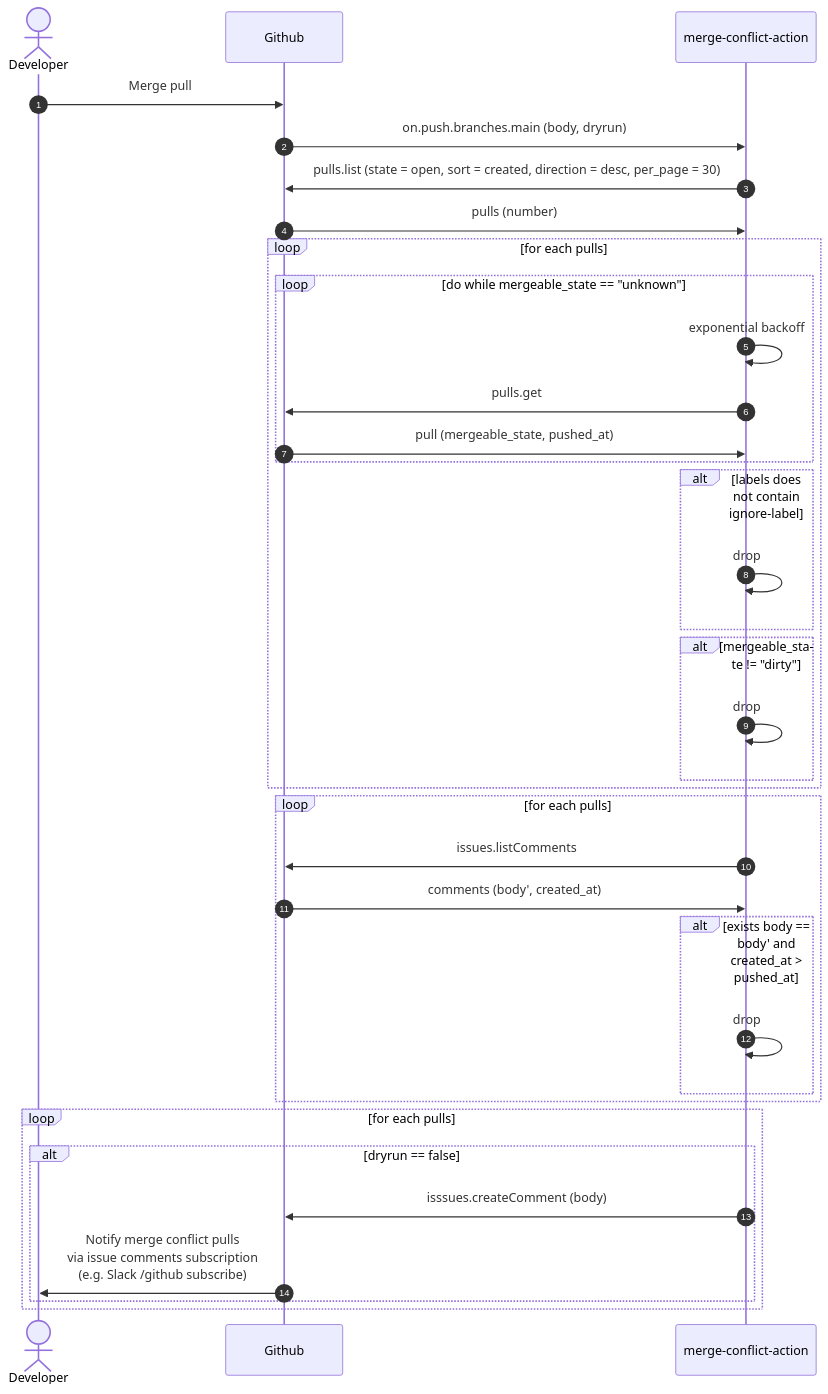
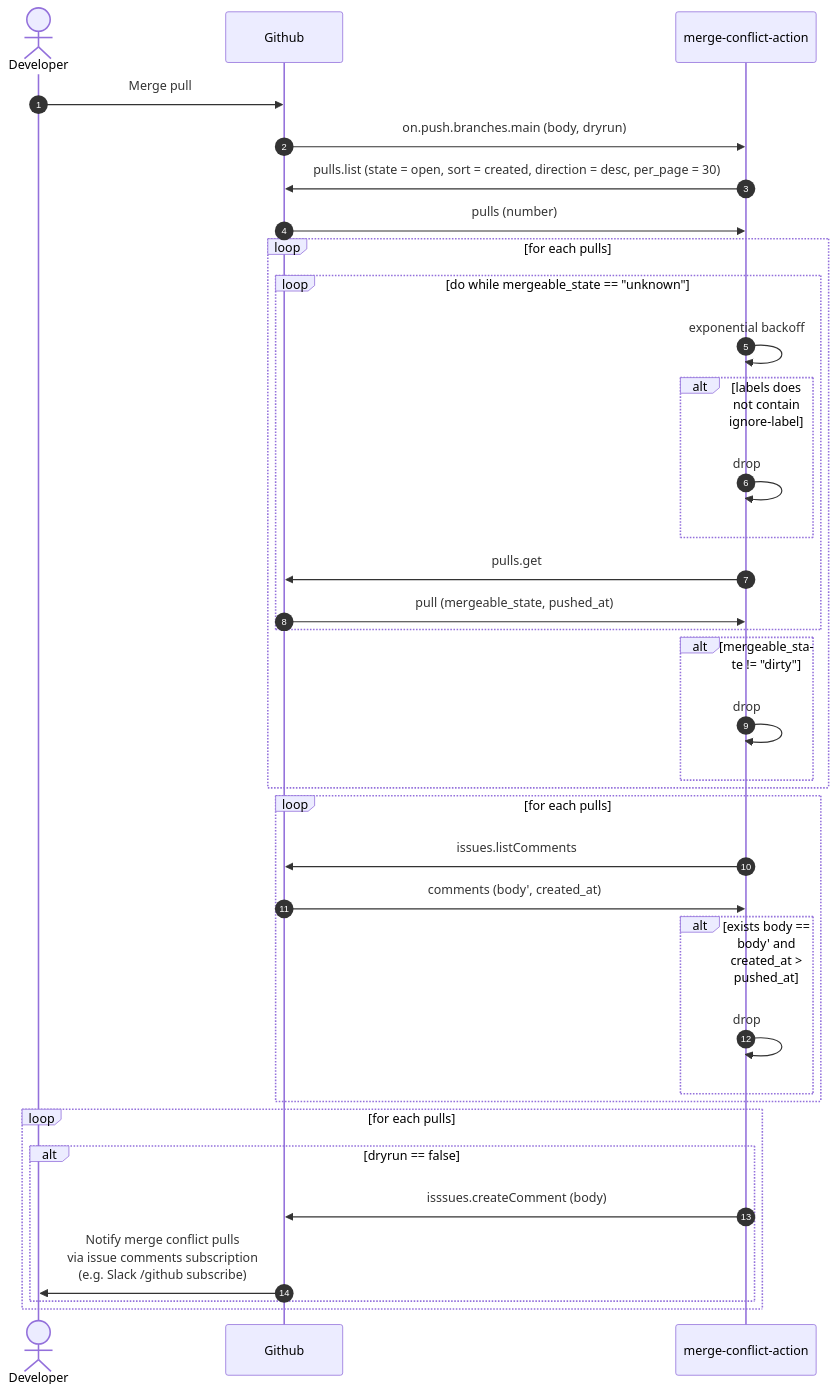
One commit to nokamoto/merge-conflict-action changed the diagram in README.md. Above: the diagram before and after it, drawn with Mermaid.

Commit message:
docs: update readme sequance diagram

````diff
--- a/README.md
+++ b/README.md
@@ -35,42 +35,42 @@
 ```mermaid
 sequenceDiagram
     autonumber
 
     actor dev as Developer
     participant github as Github
     participant action as merge-conflict-action
 
     dev ->> github : Merge pull
     github ->> action : on.push.branches.main (body, dryrun)
     action ->> github : pulls.list (state = open, sort = created, direction = desc, per_page = 30)
     github ->> action : pulls (number)
 
     loop for each pulls
         loop do while mergeable_state == "unknown"
             action ->> action : exponential backoff
+            alt labels does not contain ignore-label
+                action ->> action : drop
+            end
             action ->> github : pulls.get
             github ->> action : pull (mergeable_state, pushed_at)
-        end
-        alt labels does not contain ignore-label
-            action ->> action : drop
         end
         alt mergeable_state != "dirty"
             action ->> action : drop
         end
     end
 
     loop for each pulls
         action ->> github : issues.listComments
         github ->> action : comments (body', created_at)
         alt exists body == body' and created_at > pushed_at
             action ->> action : drop
         end
     end
 
     loop for each pulls
         alt dryrun == false
             action ->> github : isssues.createComment (body)
             github ->> dev : Notify merge conflict pulls <br> via issue comments subscription <br> (e.g. Slack /github subscribe)
         end
     end
 ```
````
